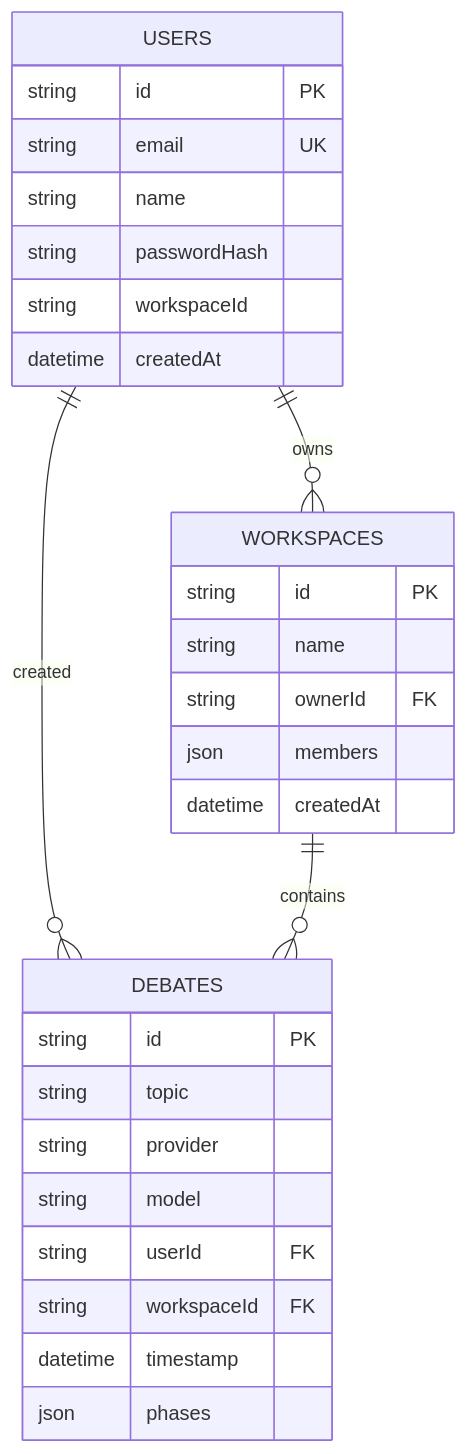
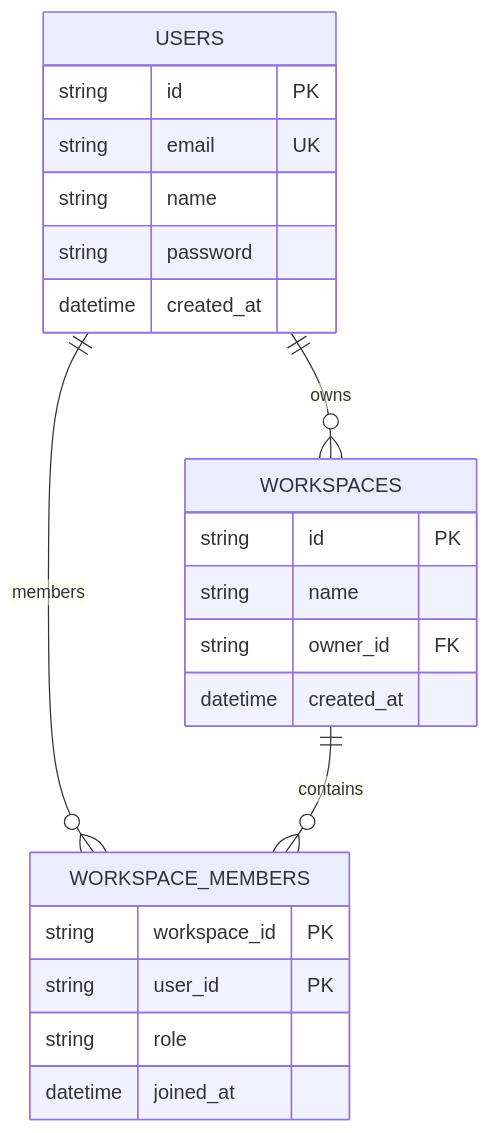
The seventh of 10 diagrams in .qoder/repowiki/en/content/Frontend Application/Authentication System.md (RunTimeAdmin/tri-ai), drawn with Mermaid before and after one commit. The commit also changed other lines of this file and 40 other files, not shown here.

````diff
--- a/.qoder/repowiki/en/content/Frontend Application/Authentication System.md
+++ b/.qoder/repowiki/en/content/Frontend Application/Authentication System.md
@@ -260,31 +283,25 @@
 ```mermaid
 erDiagram
 USERS {
 string id PK
 string email UK
 string name
-string passwordHash
-string workspaceId
-datetime createdAt
+string password
+datetime created_at
 }
 WORKSPACES {
 string id PK
 string name
-string ownerId FK
-json members
-datetime createdAt
+string owner_id FK
+datetime created_at
 }
-DEBATES {
-string id PK
-string topic
-string provider
-string model
-string userId FK
-string workspaceId FK
-datetime timestamp
-json phases
+WORKSPACE_MEMBERS {
+string workspace_id PK
+string user_id PK
+string role
+datetime joined_at
 }
 USERS ||--o{ WORKSPACES : "owns"
-USERS ||--o{ DEBATES : "created"
-WORKSPACES ||--o{ DEBATES : "contains"
+USERS ||--o{ WORKSPACE_MEMBERS : "members"
+WORKSPACES ||--o{ WORKSPACE_MEMBERS : "contains"
 ```
````
